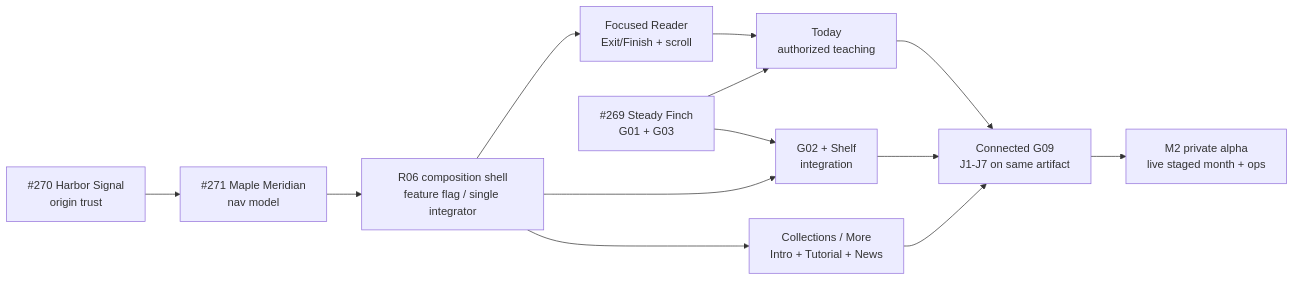
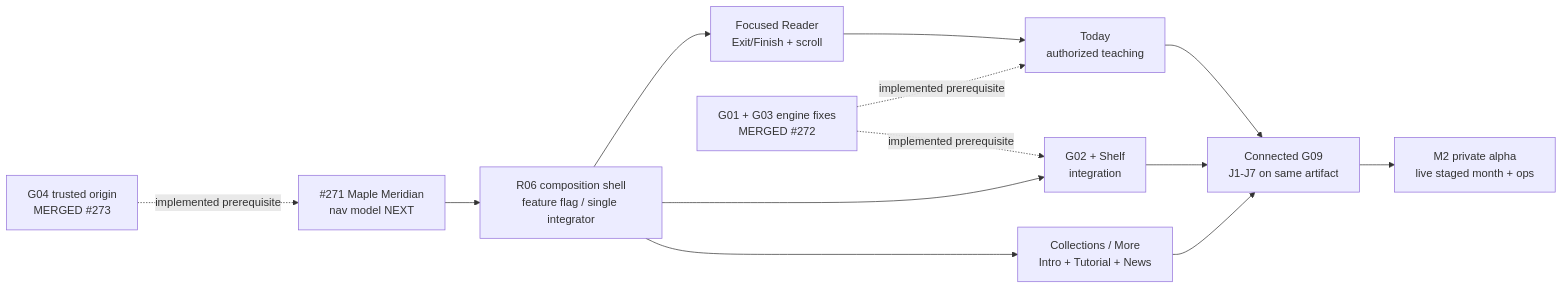
The diagram in docs/product/application-development-roadmap.md (Bibleberry/Bibleberry), drawn with Mermaid before and after one commit. The commit also changed other lines of this file, not shown here.

Commit message:
docs(northbound-atlas): reconcile merged prerequisites and parallel launch gates (Refs #275)

````diff
--- a/docs/product/application-development-roadmap.md
+++ b/docs/product/application-development-roadmap.md
@@ -208,15 +208,15 @@
 ```mermaid
 flowchart LR
-  H["#270 Harbor Signal\norigin trust"] --> N["#271 Maple Meridian\nnav model"]
+  H["G04 trusted origin\nMERGED #273"] -. "implemented prerequisite" .-> N["#271 Maple Meridian\nnav model NEXT"]
   N --> S["R06 composition shell\nfeature flag / single integrator"]
   S --> R["Focused Reader\nExit/Finish + scroll"]
   R --> T["Today\nauthorized teaching"]
   T --> G["Connected G09\nJ1-J7 on same artifact"]
-  F["#269 Steady Finch\nG01 + G03"] --> T
-  F --> K["G02 + Shelf\nintegration"]
+  F["G01 + G03 engine fixes\nMERGED #272"] -. "implemented prerequisite" .-> T
+  F -. "implemented prerequisite" .-> K["G02 + Shelf\nintegration"]
   K --> G
   S --> K
   S --> C["Collections / More\nIntro + Tutorial + News"]
   C --> G
   G --> A["M2 private alpha\nlive staged month + ops"]
 ```
````
